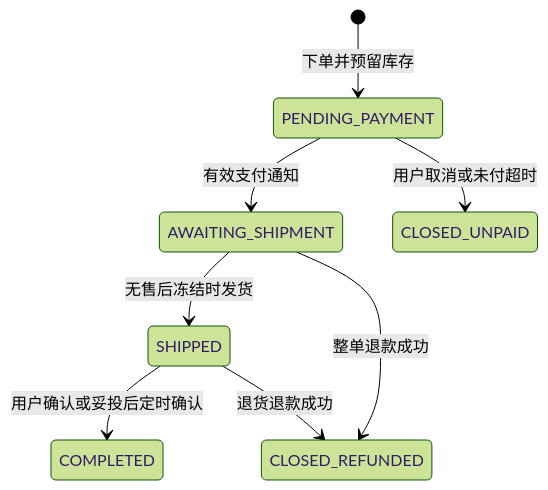
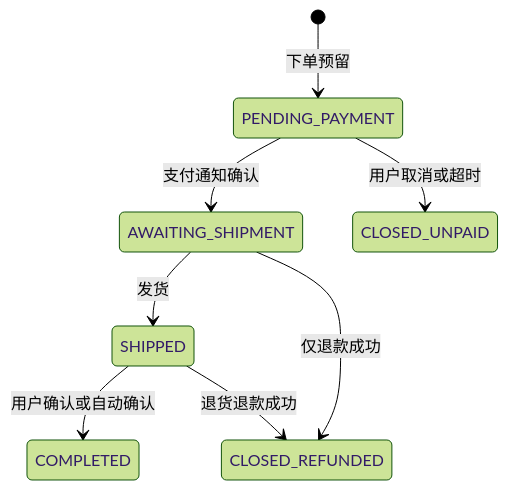
One commit to kamten7/TradeTrail changed the third of 3 diagrams in README.md. Above: the diagram before and after it, drawn with Mermaid (forest theme). The commit also changed other lines of this file and 4 other files, not shown here.

````diff
--- a/README.md
+++ b/README.md
@@ -84,10 +198,10 @@
 ```mermaid
 stateDiagram-v2
-    [*] --> PENDING_PAYMENT: 下单并预留库存
-    PENDING_PAYMENT --> AWAITING_SHIPMENT: 有效支付通知
-    PENDING_PAYMENT --> CLOSED_UNPAID: 用户取消或未付超时
-    AWAITING_SHIPMENT --> SHIPPED: 无售后冻结时发货
-    SHIPPED --> COMPLETED: 用户确认或妥投后定时确认
-    AWAITING_SHIPMENT --> CLOSED_REFUNDED: 整单退款成功
+    [*] --> PENDING_PAYMENT: 下单预留
+    PENDING_PAYMENT --> AWAITING_SHIPMENT: 支付通知确认
+    PENDING_PAYMENT --> CLOSED_UNPAID: 用户取消或超时
+    AWAITING_SHIPMENT --> SHIPPED: 发货
+    SHIPPED --> COMPLETED: 用户确认或自动确认
+    AWAITING_SHIPMENT --> CLOSED_REFUNDED: 仅退款成功
     SHIPPED --> CLOSED_REFUNDED: 退货退款成功
 ```
````
